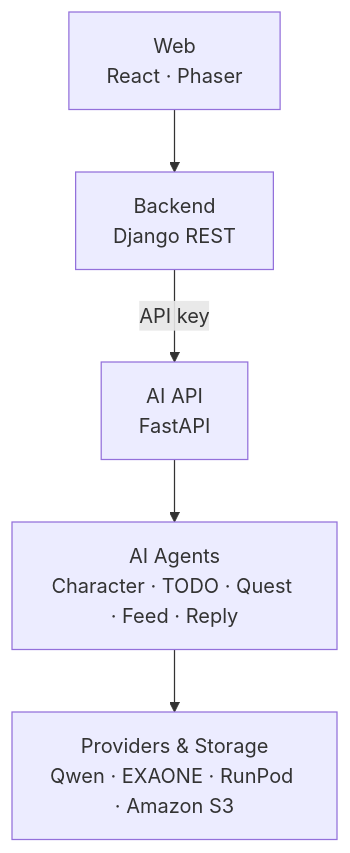
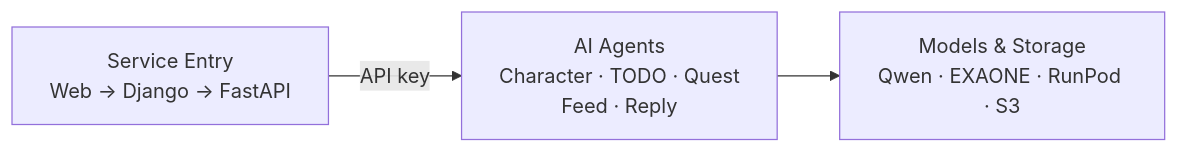
The second of 2 diagrams in README.md (bigmooon/mongle-ai), drawn with Mermaid before and after one commit.

Commit message:
docs: fit architecture diagram in viewport

````diff
--- a/README.md
+++ b/README.md
@@ -64,10 +64,8 @@
 ```mermaid
-flowchart TB
-    WEB["Web<br/>React · Phaser"]
-    SERVER["Backend<br/>Django REST"]
-    API["AI API<br/>FastAPI"]
-    AGENTS["AI Agents<br/>Character · TODO · Quest · Feed · Reply"]
-    PROVIDERS["Providers & Storage<br/>Qwen · EXAONE · RunPod · Amazon S3"]
+flowchart LR
+    ENTRY["Service Entry<br/>Web → Django → FastAPI"]
+    AGENTS["AI Agents<br/>Character · TODO · Quest<br/>Feed · Reply"]
+    PROVIDERS["Models & Storage<br/>Qwen · EXAONE · RunPod · S3"]
 
-    WEB --> SERVER -->|API key| API --> AGENTS --> PROVIDERS
+    ENTRY -->|API key| AGENTS --> PROVIDERS
 ```
````
